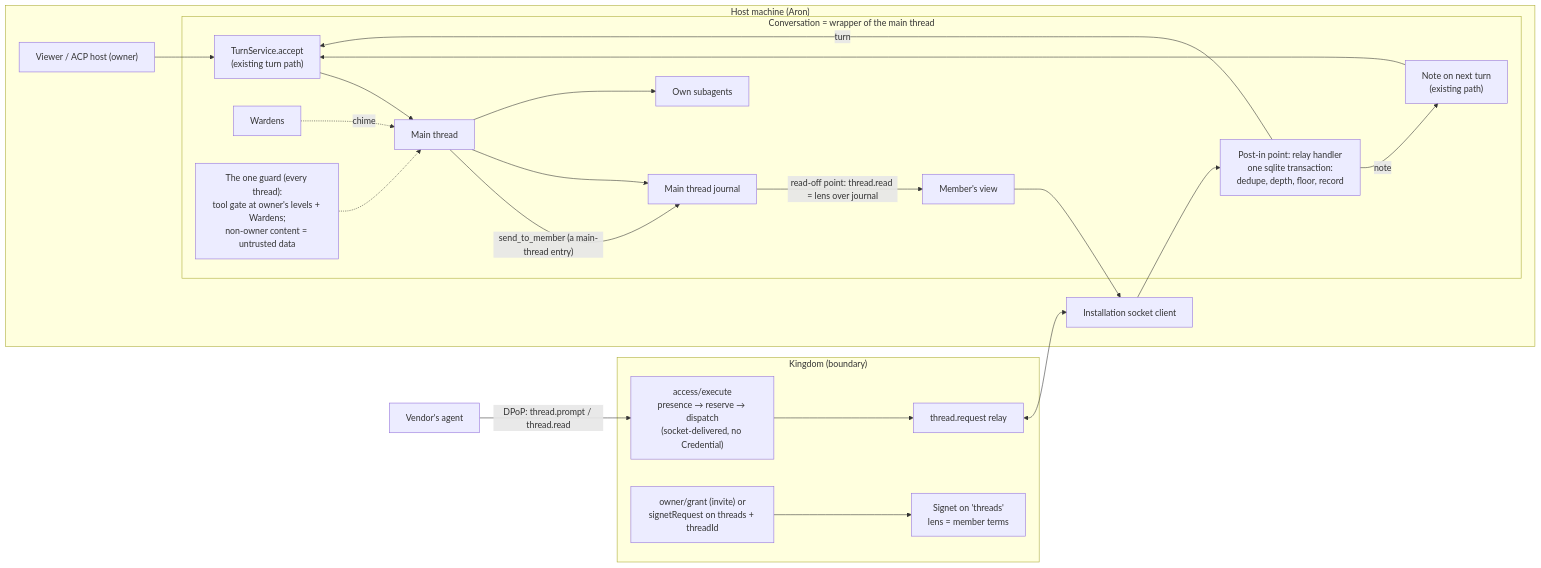
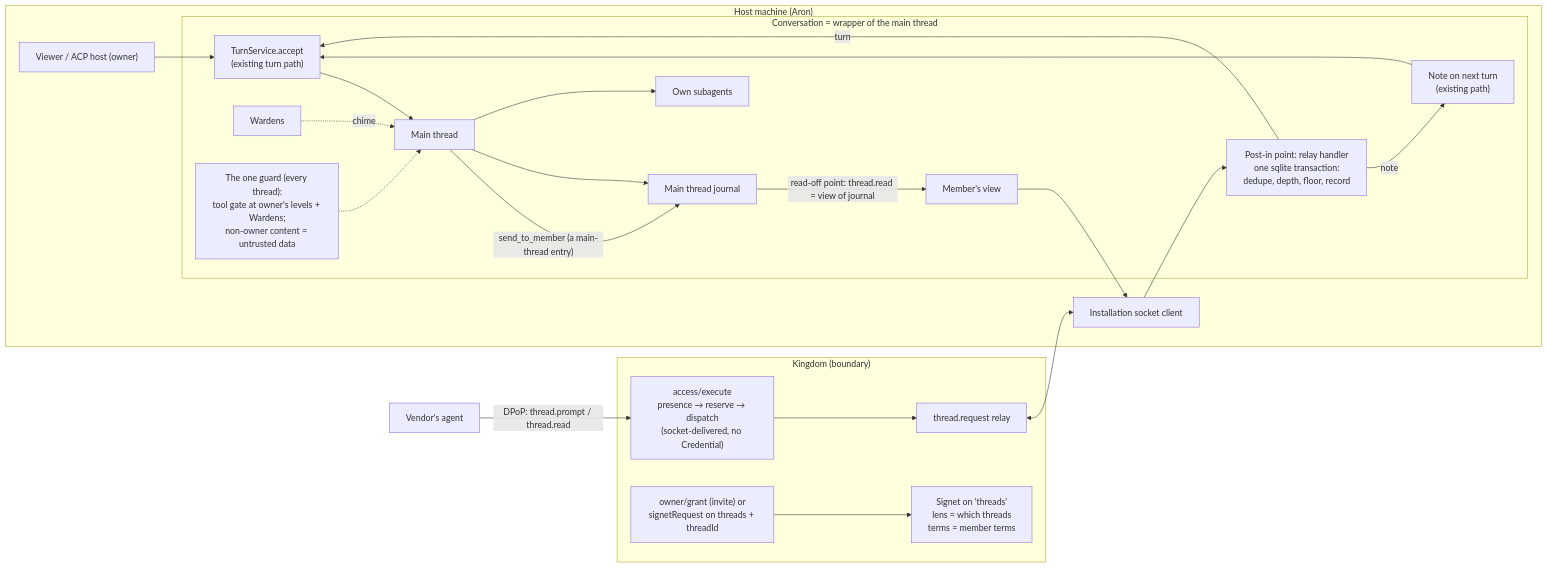
One commit to inixiative/foundry changed the diagram in docs/reference/CONVERSATIONS.md. Above: the diagram before and after it, drawn with Mermaid. The commit also changed other lines of this file and 33 other files, not shown here.

First line of the commit message:
chore(deps): adopt @inixiative/signet 0.12 (grant rows, picks, threads terms)

````diff
--- a/docs/reference/CONVERSATIONS.md
+++ b/docs/reference/CONVERSATIONS.md
@@ -90,27 +90,27 @@
 ```mermaid
 flowchart LR
   subgraph HostMachine["Host machine (Aron)"]
     V["Viewer / ACP host (owner)"] --> TS
     subgraph Wrap["Conversation = wrapper of the main thread"]
       RH["Post-in point: relay handler<br/>one sqlite transaction:<br/>dedupe, depth, floor, record"] -->|note| NQ["Note on next turn<br/>(existing path)"]
       RH -->|turn| TS["TurnService.accept<br/>(existing turn path)"]
       NQ --> TS
       TS --> MT["Main thread"]
       MT -->|"send_to_member (a main-thread entry)"| J["Main thread journal"]
       MT --> J
-      J -->|"read-off point: thread.read = lens over journal"| RO["Member's view"]
+      J -->|"read-off point: thread.read = view of journal"| RO["Member's view"]
       MT --> SA["Own subagents"]
       W["Wardens"] -. chime .-> MT
       TG["The one guard (every thread):<br/>tool gate at owner's levels + Wardens;<br/>non-owner content = untrusted data"] -.-> MT
     end
     IS["Installation socket client"]
   end
   subgraph K["Kingdom (boundary)"]
     EX["access/execute<br/>presence → reserve → dispatch<br/>(socket-delivered, no Credential)"] --> RL["thread.request relay"]
-    G["owner/grant (invite) or<br/>signetRequest on threads + threadId"] --> SIG["Signet on 'threads'<br/>lens = member terms"]
+    G["owner/grant (invite) or<br/>signetRequest on threads + threadId"] --> SIG["Signet on 'threads'<br/>lens = which threads<br/>terms = member terms"]
   end
   VA["Vendor's agent"] -- "DPoP: thread.prompt / thread.read" --> EX
   RL <--> IS
   IS --> RH
   RO --> IS
 ```
````
